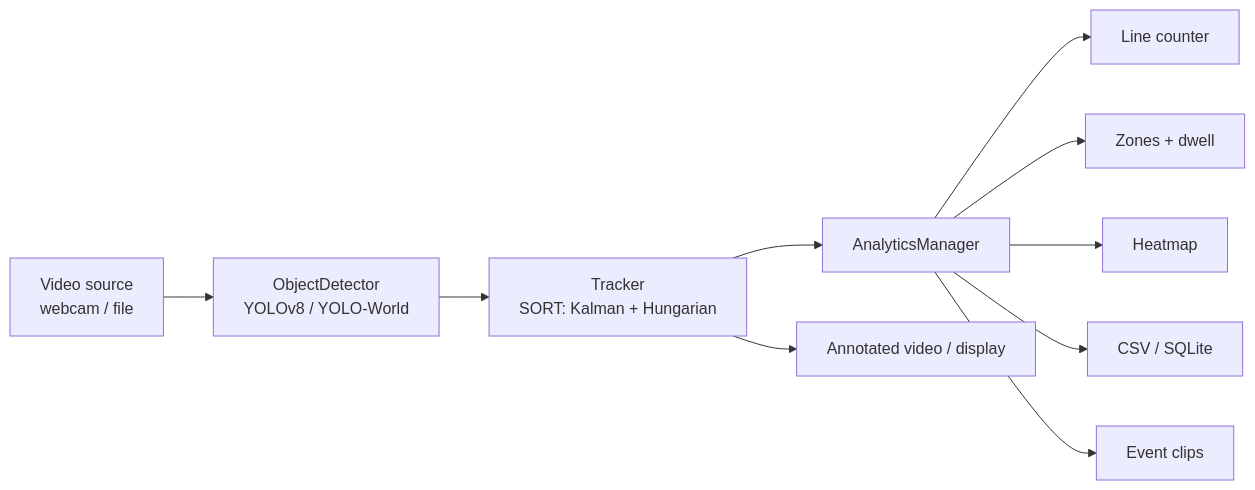
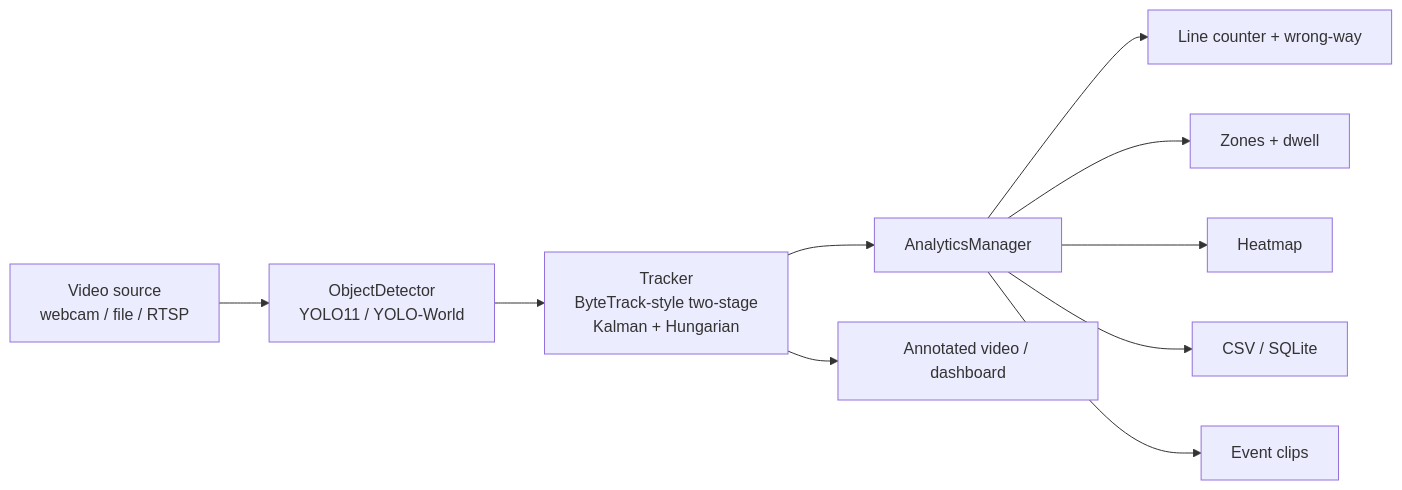
The diagram in README.md (Wavy-Hec/ObjectDetection), drawn with Mermaid before and after one commit. The commit also changed other lines of this file and 3 other files, not shown here.

````diff
--- a/README.md
+++ b/README.md
@@ -80,12 +134,12 @@
 ```mermaid
 flowchart LR
-    A[Video source<br/>webcam / file] --> B[ObjectDetector<br/>YOLOv8 / YOLO-World]
-    B --> C[Tracker<br/>SORT: Kalman + Hungarian]
+    A[Video source<br/>webcam / file / RTSP] --> B[ObjectDetector<br/>YOLO11 / YOLO-World]
+    B --> C[Tracker<br/>ByteTrack-style two-stage<br/>Kalman + Hungarian]
     C --> D[AnalyticsManager]
-    D --> E[Line counter]
+    D --> E[Line counter + wrong-way]
     D --> F[Zones + dwell]
     D --> G[Heatmap]
     D --> H[CSV / SQLite]
     D --> I[Event clips]
-    C --> J[Annotated video / display]
+    C --> J[Annotated video / dashboard]
 ```
````
